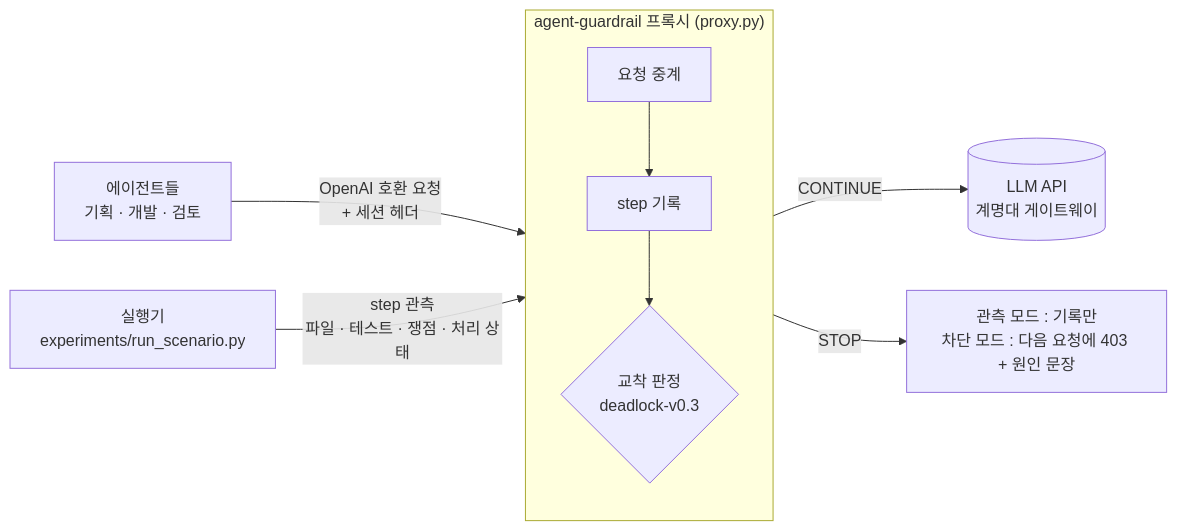
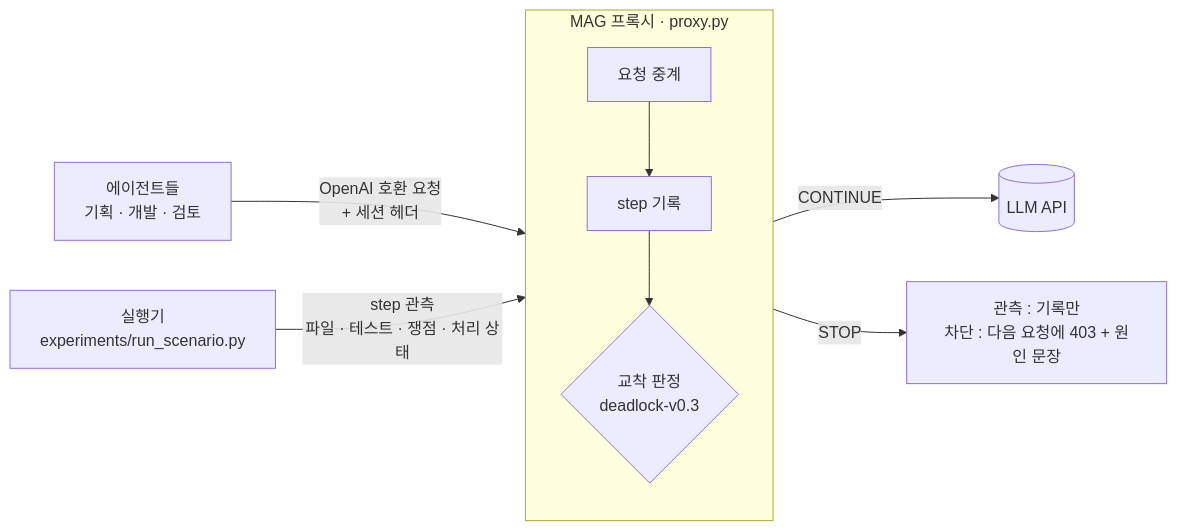
Before and after one commit to Byun-Gwan-Young/AI-agent-guardrail-harness: the first of 2 diagrams in README.md, drawn with Mermaid. The commit also changed other lines of this file and 9 other files, not shown here.

First line of the commit message:
README: rewrite as the MAG service page (overview, screens, model track, architecture, team)

````diff
--- a/README.md
+++ b/README.md
@@ -62,12 +157,12 @@
 ```mermaid
 flowchart LR
     A["에이전트들<br/>기획 · 개발 · 검토"] -->|"OpenAI 호환 요청<br/>+ 세션 헤더"| P
     O["실행기<br/>experiments/run_scenario.py"] -->|"step 관측<br/>파일 · 테스트 · 쟁점 · 처리 상태"| P
-    subgraph P["agent-guardrail 프록시 (proxy.py)"]
+    subgraph P["MAG 프록시 · proxy.py"]
         direction TB
         R["요청 중계"] --> T["step 기록"]
         T --> J{"교착 판정<br/>deadlock-v0.3"}
     end
-    J -->|CONTINUE| L[("LLM API<br/>계명대 게이트웨이")]
-    J -->|STOP| S["관측 모드 : 기록만<br/>차단 모드 : 다음 요청에 403 + 원인 문장"]
+    J -->|CONTINUE| L[("LLM API")]
+    J -->|STOP| S["관측 : 기록만<br/>차단 : 다음 요청에 403 + 원인 문장"]
 ```
````
